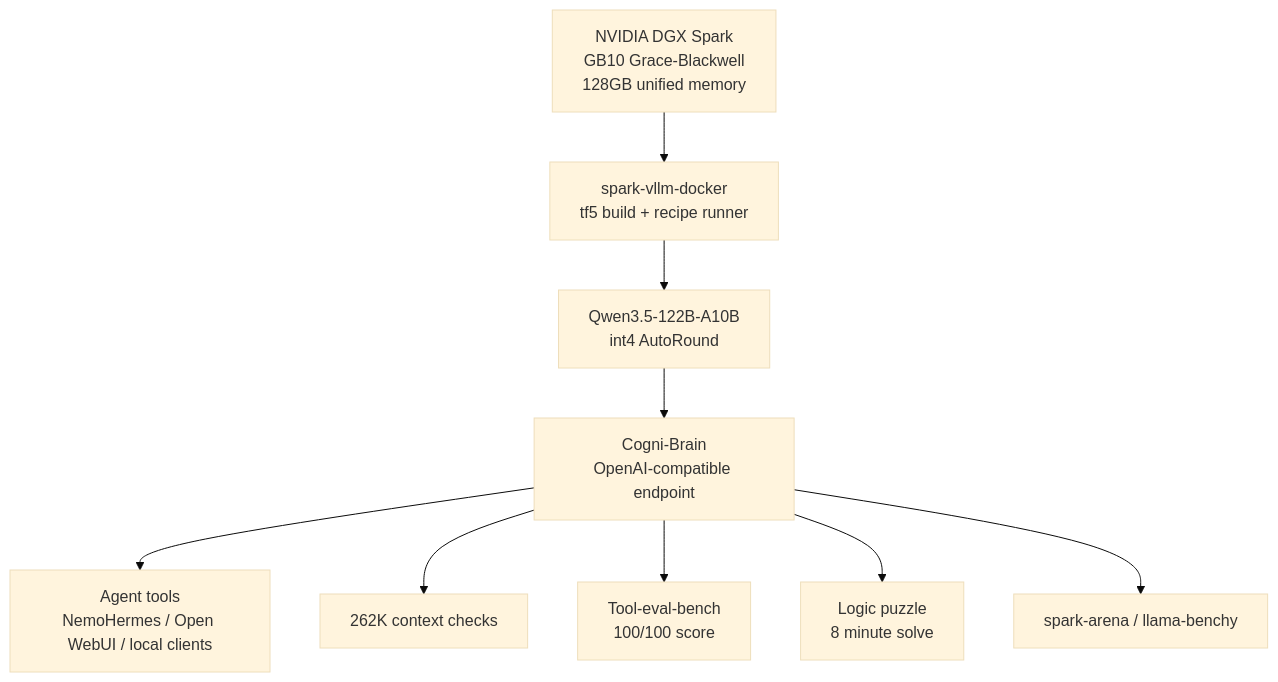
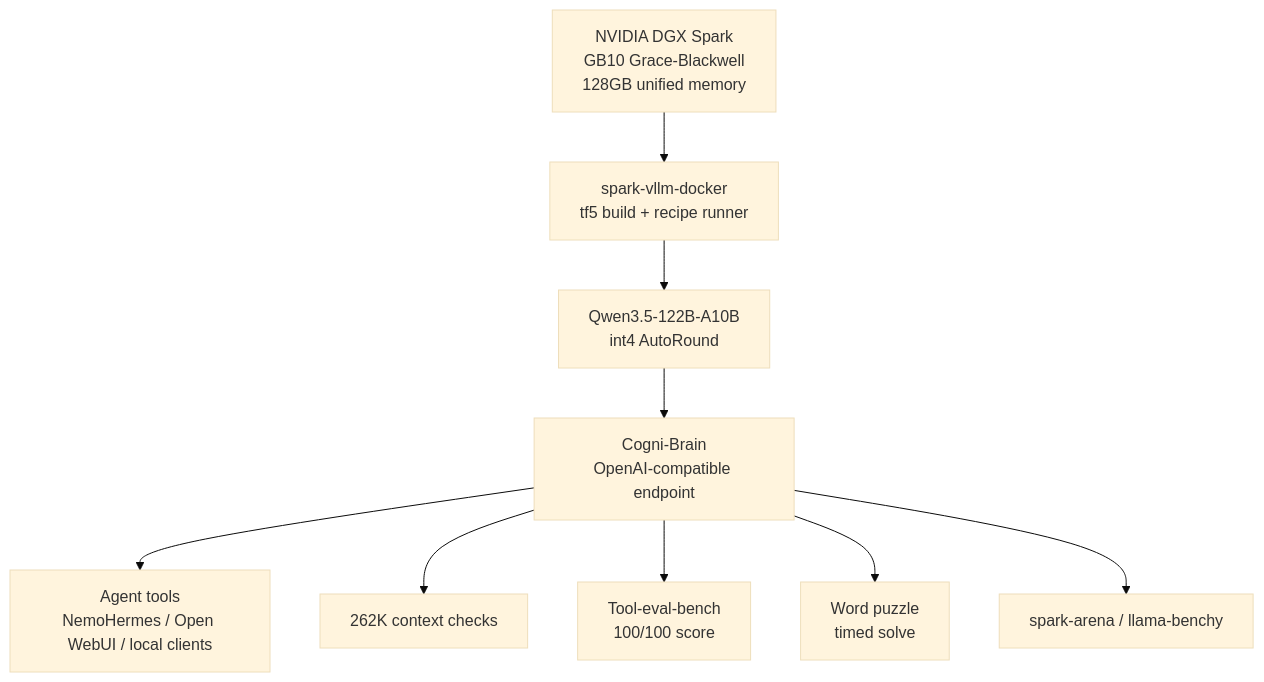
Before and after one commit to airawatraj/dgx-spark-qwen-omni-super-agent: the diagram in README.md, drawn with Mermaid (base theme). The commit also changed other lines of this file and 1 other file, not shown here.

Commit message:
fix: report puzzle benchmark solve time only

````diff
--- a/README.md
+++ b/README.md
@@ -79,12 +79,12 @@
 ```mermaid
 flowchart TD
     A["NVIDIA DGX Spark<br/>GB10 Grace-Blackwell<br/>128GB unified memory"]
     A --> B["spark-vllm-docker<br/>tf5 build + recipe runner"]
     B --> C["Qwen3.5-122B-A10B<br/>int4 AutoRound"]
     C --> D["Cogni-Brain<br/>OpenAI-compatible endpoint"]
     D --> E["Agent tools<br/>NemoHermes / Open WebUI / local clients"]
     D --> F["262K context checks"]
     D --> G["Tool-eval-bench<br/>100/100 score"]
-    D --> H["Logic puzzle<br/>8 minute solve"]
+    D --> H["Word puzzle<br/>timed solve"]
     D --> I["spark-arena / llama-benchy"]
 ```
````
